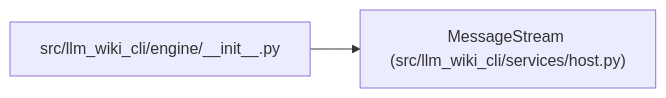
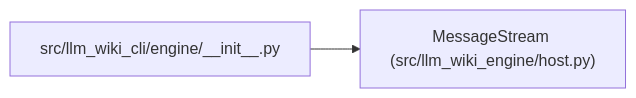
Before and after one commit to Denissvgn/python-wiki-llm: the diagram in docs/llm_wiki/entities/MessageStream.md, drawn with Mermaid. The commit also changed other lines of this file and 1103 other files, not shown here.

First line of the commit message:
docs: refresh the wiki for the llm-wiki-engine distribution

````diff
--- a/docs/llm_wiki/entities/MessageStream.md
+++ b/docs/llm_wiki/entities/MessageStream.md
@@ -32,8 +32,8 @@
 ```mermaid
 flowchart LR
-    n0["MessageStream (src/llm_wiki_cli/services/host.py)"]
+    n0["MessageStream (src/llm_wiki_engine/host.py)"]
     n1["src/llm_wiki_cli/engine/__init__.py"]
     n1 --> n0
     click n0 "../modules/host.md"
     click n1 "../modules/engine___init__.md"
 ```
````
